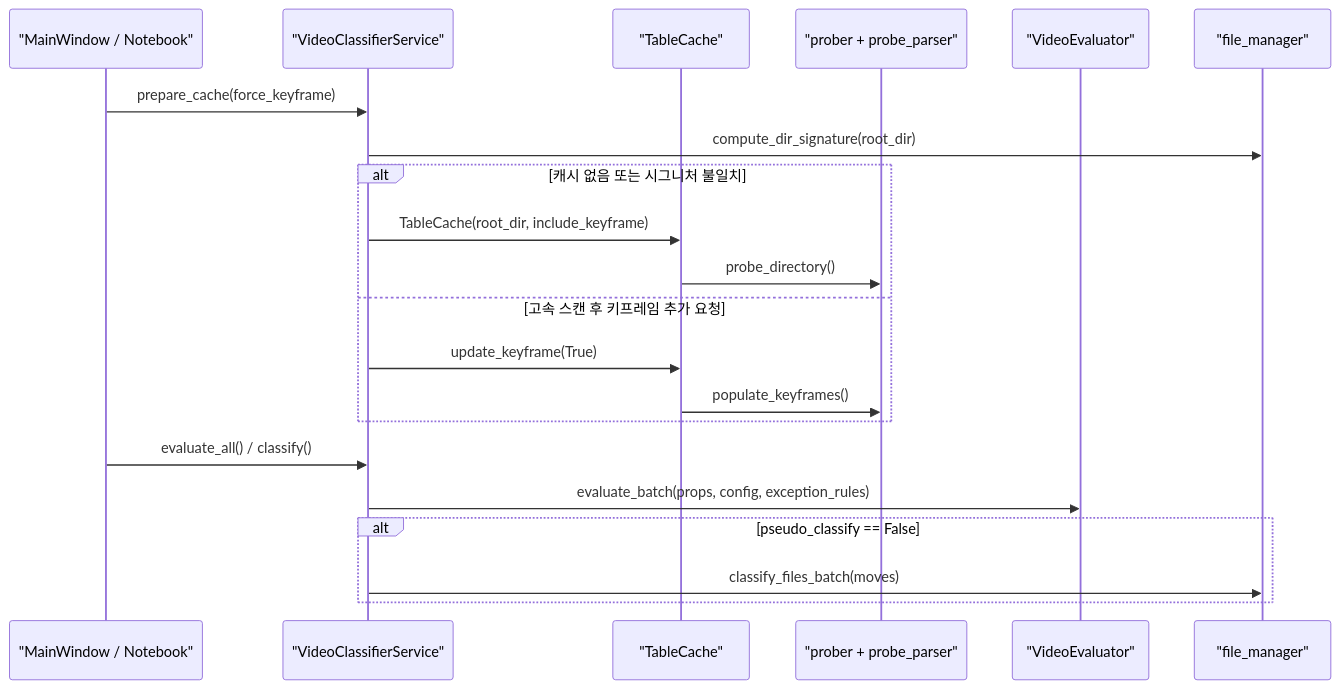
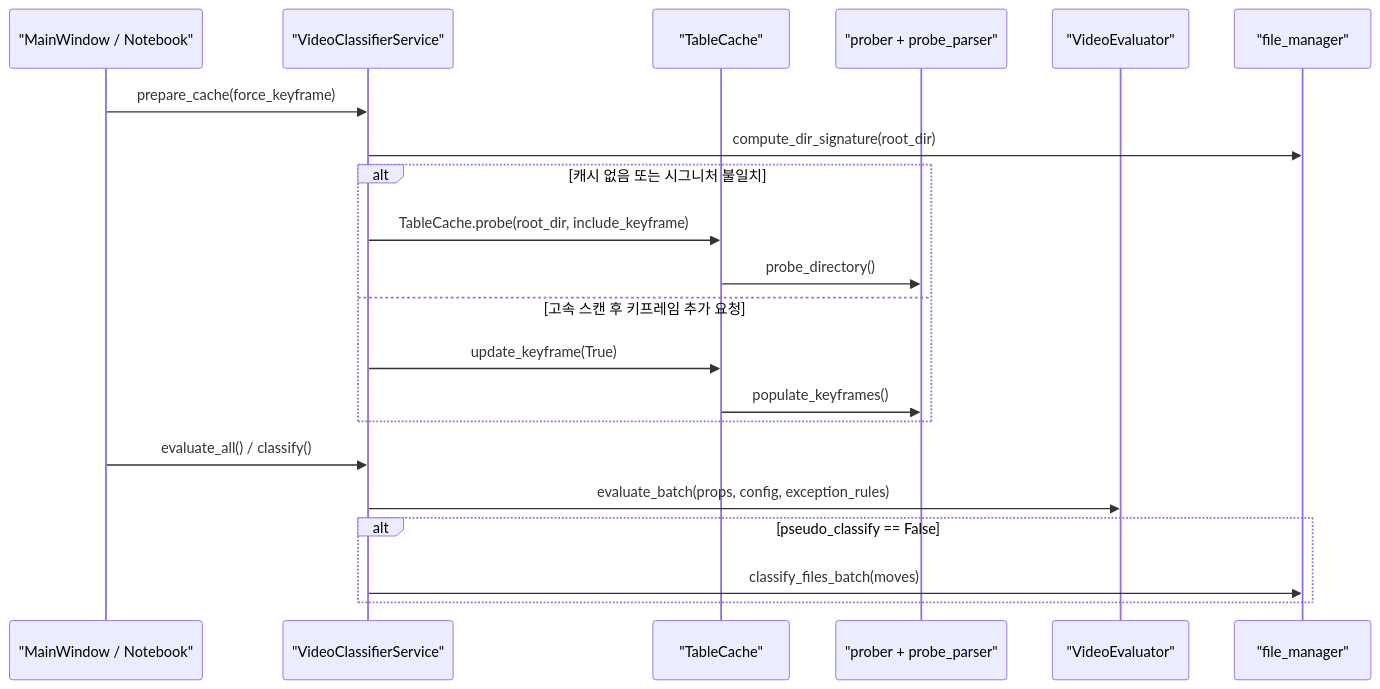
The second of 2 diagrams in ARCHITECTURE.md (signal1310/video_scripts), drawn with Mermaid before and after one commit. The commit also changed other lines of this file and 8 other files, not shown here.

First line of the commit message:
refactor: TableCache 생성 부수효과 제거와 콘솔 진행률 CUI 이관

````diff
--- a/ARCHITECTURE.md
+++ b/ARCHITECTURE.md
@@ -104,24 +104,24 @@
 ```mermaid
 sequenceDiagram
     participant UI as "MainWindow / Notebook"
     participant Service as "VideoClassifierService"
     participant Cache as "TableCache"
     participant Prober as "prober + probe_parser"
     participant Eval as "VideoEvaluator"
     participant FS as "file_manager"
 
     UI->>Service: prepare_cache(force_keyframe)
     Service->>FS: compute_dir_signature(root_dir)
     alt 캐시 없음 또는 시그니처 불일치
-        Service->>Cache: TableCache(root_dir, include_keyframe)
+        Service->>Cache: TableCache.probe(root_dir, include_keyframe)
         Cache->>Prober: probe_directory()
     else 고속 스캔 후 키프레임 추가 요청
         Service->>Cache: update_keyframe(True)
         Cache->>Prober: populate_keyframes()
     end
     UI->>Service: evaluate_all() / classify()
     Service->>Eval: evaluate_batch(props, config, exception_rules)
     alt pseudo_classify == False
         Service->>FS: classify_files_batch(moves)
     end
 ```
````
